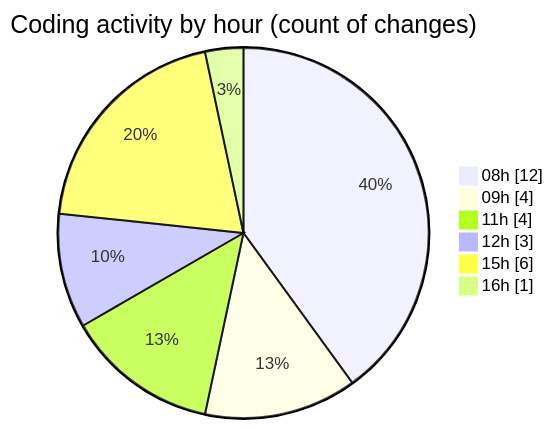
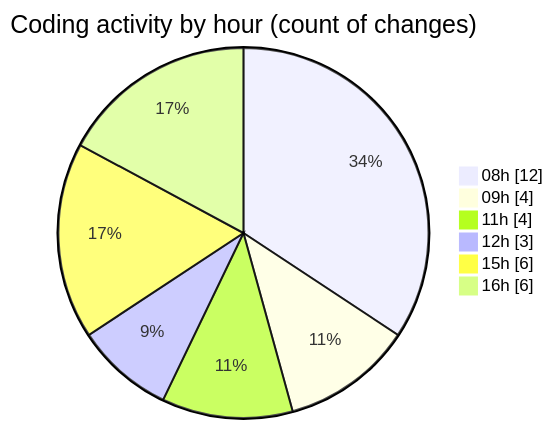
Before and after one commit to ricardozamudiocil/code-tracking: the second of 2 diagrams in 2026-02-26/cilapp/README.md, drawn with Mermaid. The commit also changed other lines of this file and 1 other file, not shown here.

````diff
--- a/2026-02-26/cilapp/README.md
+++ b/2026-02-26/cilapp/README.md
@@ -34,10 +37,10 @@
 ```mermaid
 pie showData
 title Coding activity by hour (count of changes)
 "08h" : 12
 "09h" : 4
 "11h" : 4
 "12h" : 3
 "15h" : 6
-"16h" : 1
+"16h" : 6
 ```
````
